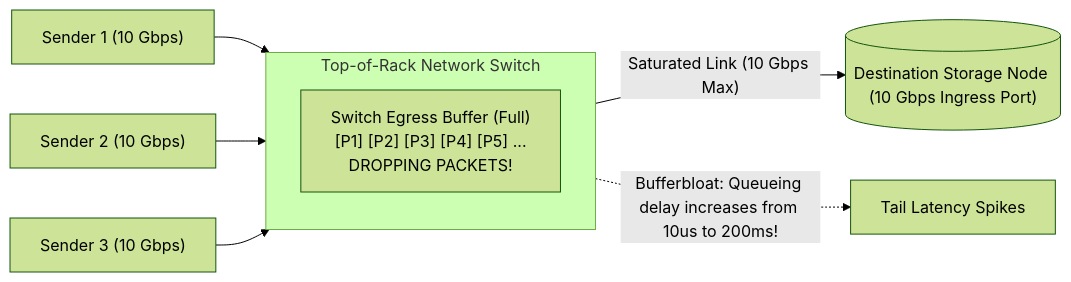
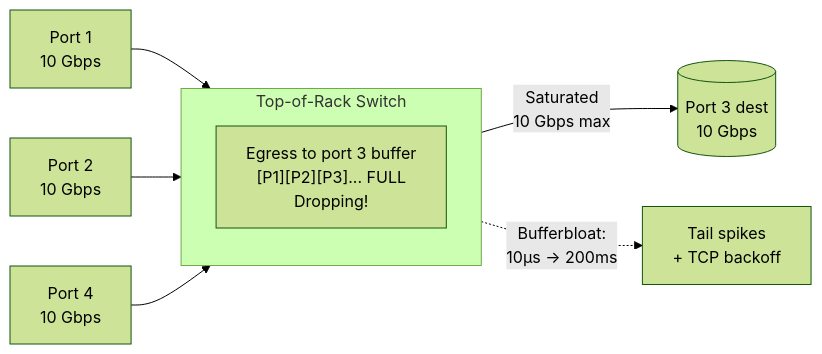
Before and after one commit to 1mimhe/books-summery: the second of 7 diagrams in 01 Designing Data-Intensive Applications/chapter-09-the-trouble-with-distributed-systems.md, drawn with Mermaid (forest theme). The commit also changed other lines of this file and 2 other files, not shown here.

Commit message:
docs(book01): forensic rewrite ch08-10 (14 txn figs+XSSI, fig 9-5/Byzantine, IDs/UUID consensus)

````diff
--- a/01 Designing Data-Intensive Applications/chapter-09-the-trouble-with-distributed-systems.md
+++ b/01 Designing Data-Intensive Applications/chapter-09-the-trouble-with-distributed-systems.md
@@ -226,22 +268,16 @@
 ```mermaid
 flowchart LR
-  S1["Sender 1 (10 Gbps)"]
-  S2["Sender 2 (10 Gbps)"]
-  S3["Sender 3 (10 Gbps)"]
-
-  subgraph SWITCH["Top-of-Rack Network Switch"]
+  S1["Port 1<br/>10 Gbps"]
+  S2["Port 2<br/>10 Gbps"]
+  S4["Port 4<br/>10 Gbps"]
+  subgraph SW["Top-of-Rack Switch"]
     direction TB
-    BUF["Switch Egress Buffer (Full)
-    [P1] [P2] [P3] [P4] [P5] ...
-    DROPPING PACKETS!"]
+    BUF["Egress to port 3 buffer<br/>[P1][P2][P3]... FULL<br/>Dropping!"]
   end
-
-  DEST[("Destination Storage Node (10 Gbps Ingress Port)")]
-
-  S1 --> SWITCH
-  S2 --> SWITCH
-  S3 --> SWITCH
-  SWITCH -->|"Saturated Link (10 Gbps Max)"| DEST
-
-  SWITCH -.->|"Bufferbloat: Queueing delay increases from 10us to 200ms!"| LATENCY["Tail Latency Spikes"]
+  D[("Port 3 dest<br/>10 Gbps")]
+  S1 --> SW
+  S2 --> SW
+  S4 --> SW
+  SW -->|"Saturated<br/>10 Gbps max"| D
+  SW -.->|"Bufferbloat:<br/>10µs → 200ms"| LAT["Tail spikes<br/>+ TCP backoff"]
 ```
````
